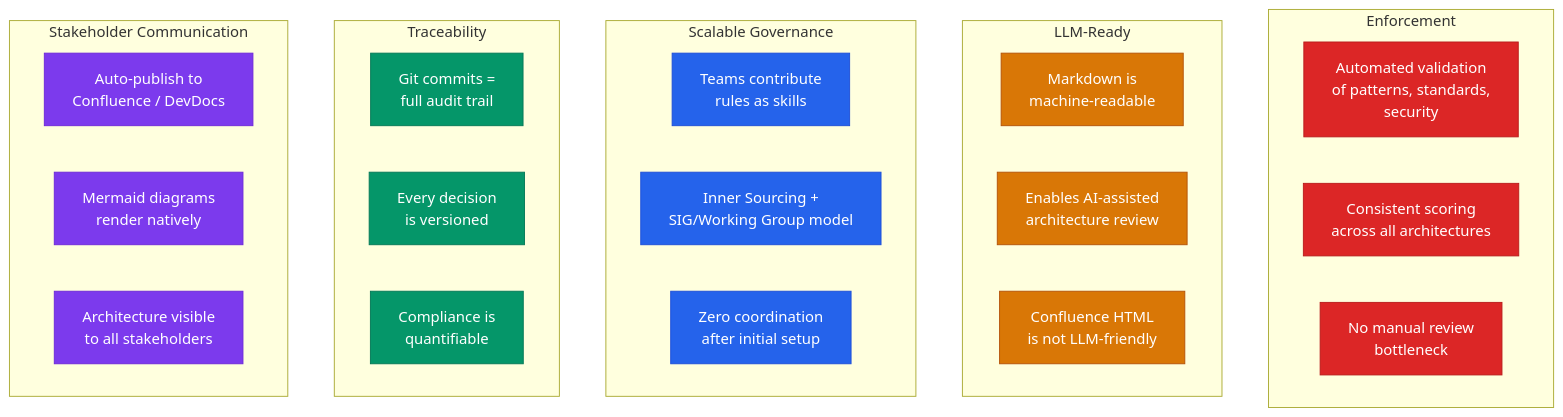
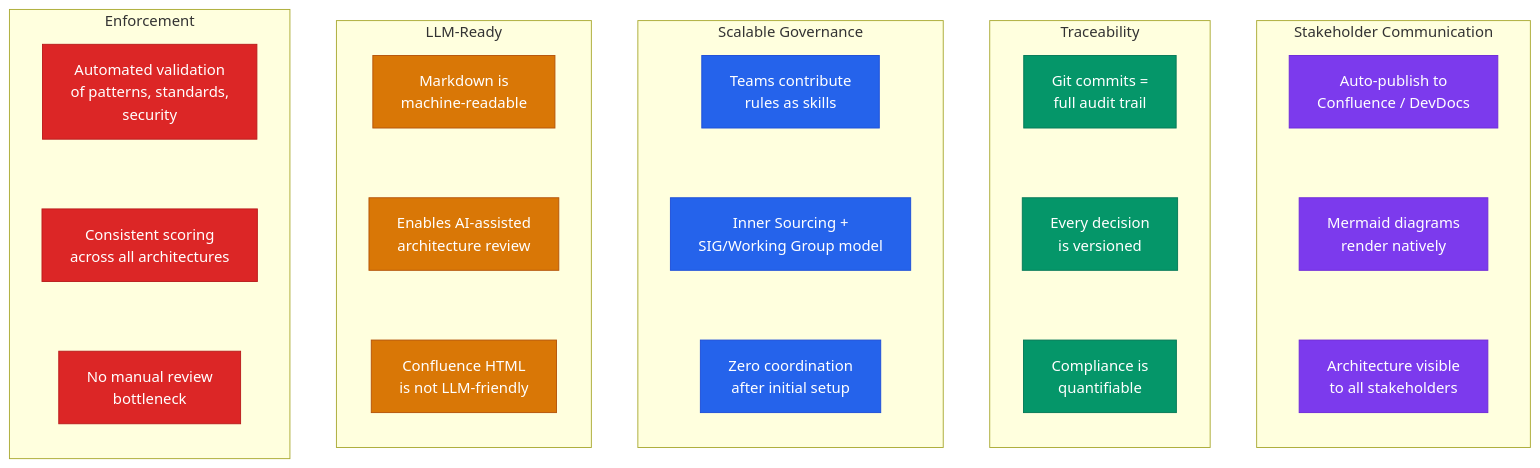
Before and after one commit to byrash/architecture-governance: the seventh of 10 diagrams in docs/lifecycle.md, drawn with Mermaid. The commit also changed other lines of this file, not shown here.

````diff
--- a/docs/lifecycle.md
+++ b/docs/lifecycle.md
@@ -327,38 +323,50 @@
 ```mermaid
-flowchart TB
+flowchart LR
     classDef enforce fill:#DC2626,color:#fff,stroke:#B91C1C
     classDef llm fill:#D97706,color:#fff,stroke:#B45309
     classDef scalable fill:#2563EB,color:#fff,stroke:#1D4ED8
     classDef trace fill:#059669,color:#fff,stroke:#047857
     classDef vizz fill:#7C3AED,color:#fff,stroke:#6D28D9
 
     subgraph enforcement [Enforcement]
+        direction TB
         E1["Automated validation<br/>of patterns, standards,<br/>security"]:::enforce
         E2["Consistent scoring<br/>across all architectures"]:::enforce
         E3["No manual review<br/>bottleneck"]:::enforce
+        E1 ~~~ E2 ~~~ E3
     end
 
     subgraph llmReady [LLM-Ready]
+        direction TB
         L1["Markdown is<br/>machine-readable"]:::llm
         L2["Enables AI-assisted<br/>architecture review"]:::llm
         L3["Confluence HTML<br/>is not LLM-friendly"]:::llm
+        L1 ~~~ L2 ~~~ L3
     end
 
     subgraph scale [Scalable Governance]
+        direction TB
         SC1["Teams contribute<br/>rules as skills"]:::scalable
         SC2["Inner Sourcing +<br/>SIG/Working Group model"]:::scalable
         SC3["Zero coordination<br/>after initial setup"]:::scalable
+        SC1 ~~~ SC2 ~~~ SC3
     end
 
     subgraph traceBlock [Traceability]
+        direction TB
         T1["Git commits =<br/>full audit trail"]:::trace
         T2["Every decision<br/>is versioned"]:::trace
         T3["Compliance is<br/>quantifiable"]:::trace
+        T1 ~~~ T2 ~~~ T3
     end
 
-    subgraph viz [Stakeholder Communication]
+    subgraph viz ["Stakeholder&nbsp;Communication"]
+        direction TB
         V1["Auto-publish to<br/>Confluence / DevDocs"]:::vizz
         V2["Mermaid diagrams<br/>render natively"]:::vizz
         V3["Architecture visible<br/>to all stakeholders"]:::vizz
+        V1 ~~~ V2 ~~~ V3
     end
+
+    enforcement ~~~ llmReady ~~~ scale ~~~ traceBlock ~~~ viz
 ```
````
